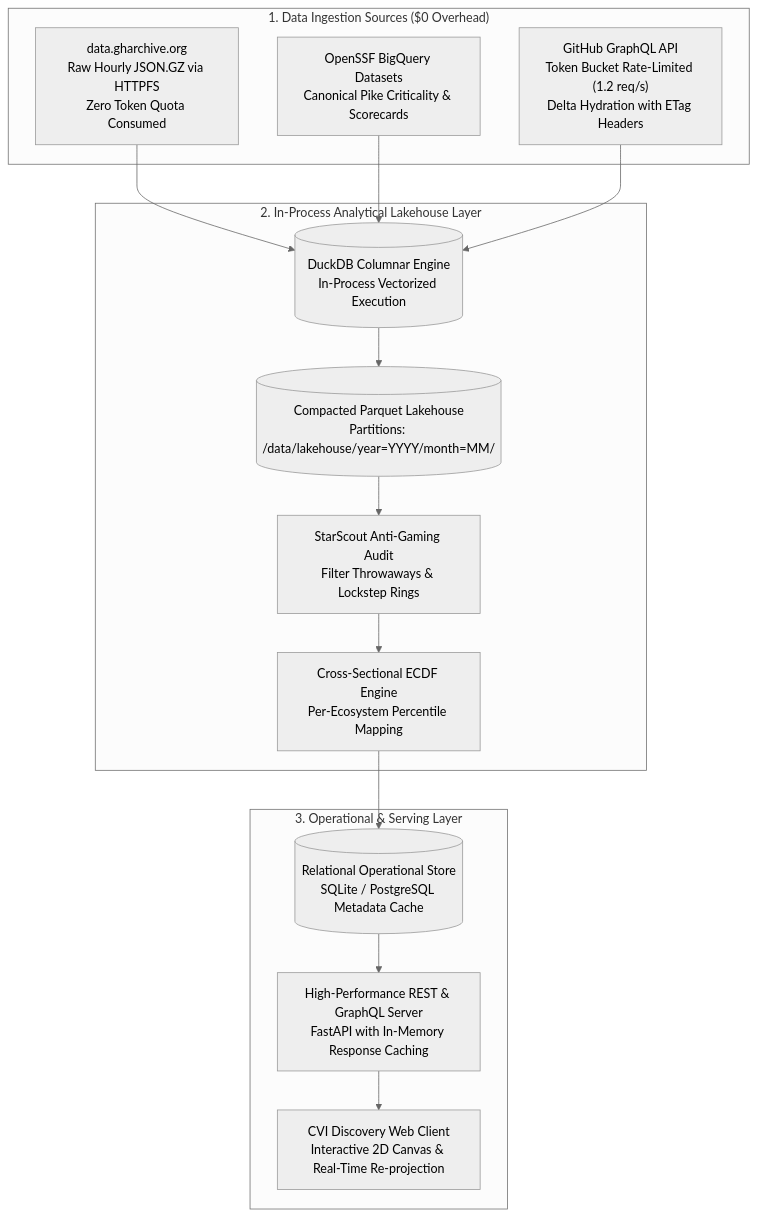
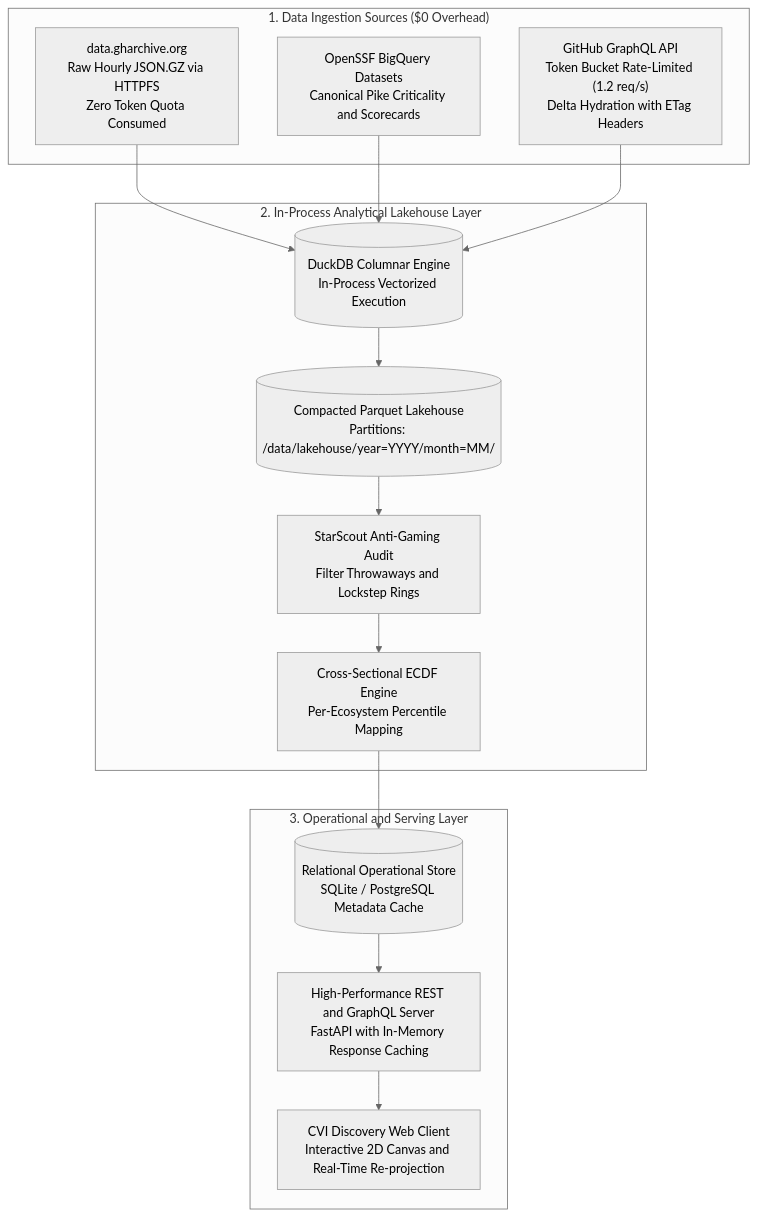
The fourth of 13 diagrams in docs/ARCHITECTURE.md (pctablet505/porchlamp-engine), drawn with Mermaid (neutral theme) before and after one commit. The commit also changed other lines of this file and 3 other files, not shown here.

Commit message:
docs: resolve all GFM, KaTeX, and Mermaid rendering issues across architecture and UI specs

````diff
--- a/docs/ARCHITECTURE.md
+++ b/docs/ARCHITECTURE.md
@@ -328,33 +330,33 @@
 ```mermaid
 flowchart TD
     subgraph IngestionSources ["1. Data Ingestion Sources ($0 Overhead)"]
         GHA["data.gharchive.org<br/>Raw Hourly JSON.GZ via HTTPFS<br/>Zero Token Quota Consumed"]
-        BQ["OpenSSF BigQuery Datasets<br/>Canonical Pike Criticality & Scorecards"]
+        BQ["OpenSSF BigQuery Datasets<br/>Canonical Pike Criticality and Scorecards"]
         GQL["GitHub GraphQL API<br/>Token Bucket Rate-Limited (1.2 req/s)<br/>Delta Hydration with ETag Headers"]
     end
 
     subgraph AnalyticalLakehouse ["2. In-Process Analytical Lakehouse Layer"]
         DuckDB[("DuckDB Columnar Engine<br/>In-Process Vectorized Execution")]
         Parquet[("Compacted Parquet Lakehouse<br/>Partitions: /data/lakehouse/year=YYYY/month=MM/")]
-        StarScoutAudit["StarScout Anti-Gaming Audit<br/>Filter Throwaways & Lockstep Rings"]
+        StarScoutAudit["StarScout Anti-Gaming Audit<br/>Filter Throwaways and Lockstep Rings"]
         ECDFEngine["Cross-Sectional ECDF Engine<br/>Per-Ecosystem Percentile Mapping"]
     end
 
-    subgraph OperationalServing ["3. Operational & Serving Layer"]
+    subgraph OperationalServing ["3. Operational and Serving Layer"]
         MetaDB[("Relational Operational Store<br/>SQLite / PostgreSQL Metadata Cache")]
-        APIServer["High-Performance REST & GraphQL Server<br/>FastAPI with In-Memory Response Caching"]
-        WebClient["CVI Discovery Web Client<br/>Interactive 2D Canvas & Real-Time Re-projection"]
+        APIServer["High-Performance REST and GraphQL Server<br/>FastAPI with In-Memory Response Caching"]
+        WebClient["CVI Discovery Web Client<br/>Interactive 2D Canvas and Real-Time Re-projection"]
     end
 
     GHA --> DuckDB
     BQ --> DuckDB
     GQL --> DuckDB
 
     DuckDB --> Parquet
     Parquet --> StarScoutAudit
     StarScoutAudit --> ECDFEngine
     ECDFEngine --> MetaDB
 
     MetaDB --> APIServer
     APIServer --> WebClient
 ```
````
